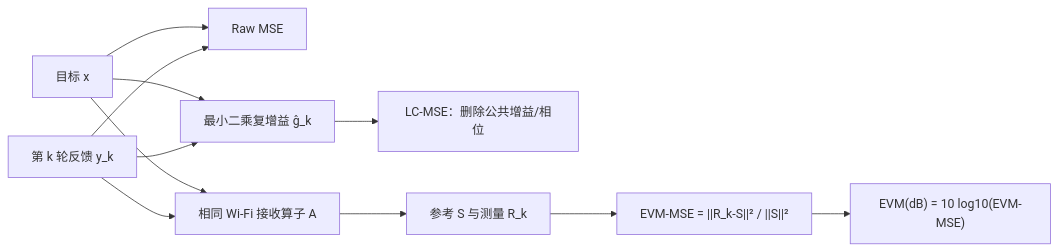
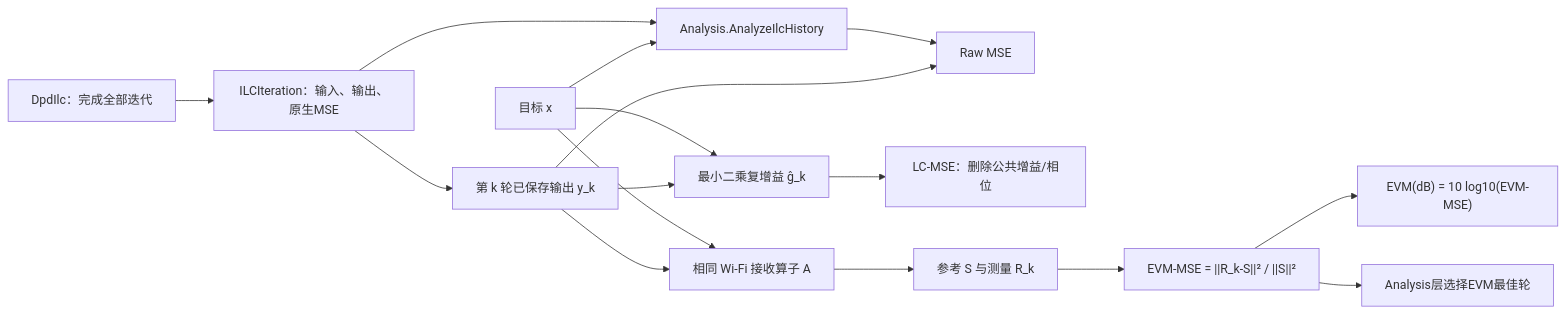
The sixth of 9 diagrams in doc/Analysis.md (niyilu45/DPD_ILC), drawn with Mermaid before and after one commit. The commit also changed other lines of this file and 11 other files, not shown here.

Commit message:
Separate ILC learning from performance analysis

````diff
--- a/doc/Analysis.md
+++ b/doc/Analysis.md
@@ -832,13 +832,18 @@
 ```mermaid
 flowchart LR
-    reference["目标 x"] --> raw["Raw MSE"]
-    feedback["第 k 轮反馈 y_k"] --> raw
+    ilc["DpdIlc：完成全部迭代"] --> history["ILCIteration：输入、输出、原生MSE"]
+    history --> postAnalysis["Analysis.AnalyzeIlcHistory"]
+    history --> feedback["第 k 轮已保存输出 y_k"]
+    reference["目标 x"] --> postAnalysis
+    postAnalysis --> raw["Raw MSE"]
+    feedback --> raw
     reference --> ls["最小二乘复增益 ĝ_k"]
     feedback --> ls
     ls --> lc["LC-MSE：删除公共增益/相位"]
     reference --> receiver["相同 Wi-Fi 接收算子 A"]
     feedback --> receiver
     receiver --> tones["参考 S 与测量 R_k"]
     tones --> evmMse["EVM-MSE = ||R_k-S||² / ||S||²"]
     evmMse --> identity["EVM(dB) = 10 log10(EVM-MSE)"]
+    evmMse --> best["Analysis层选择EVM最佳轮"]
 ```
````
